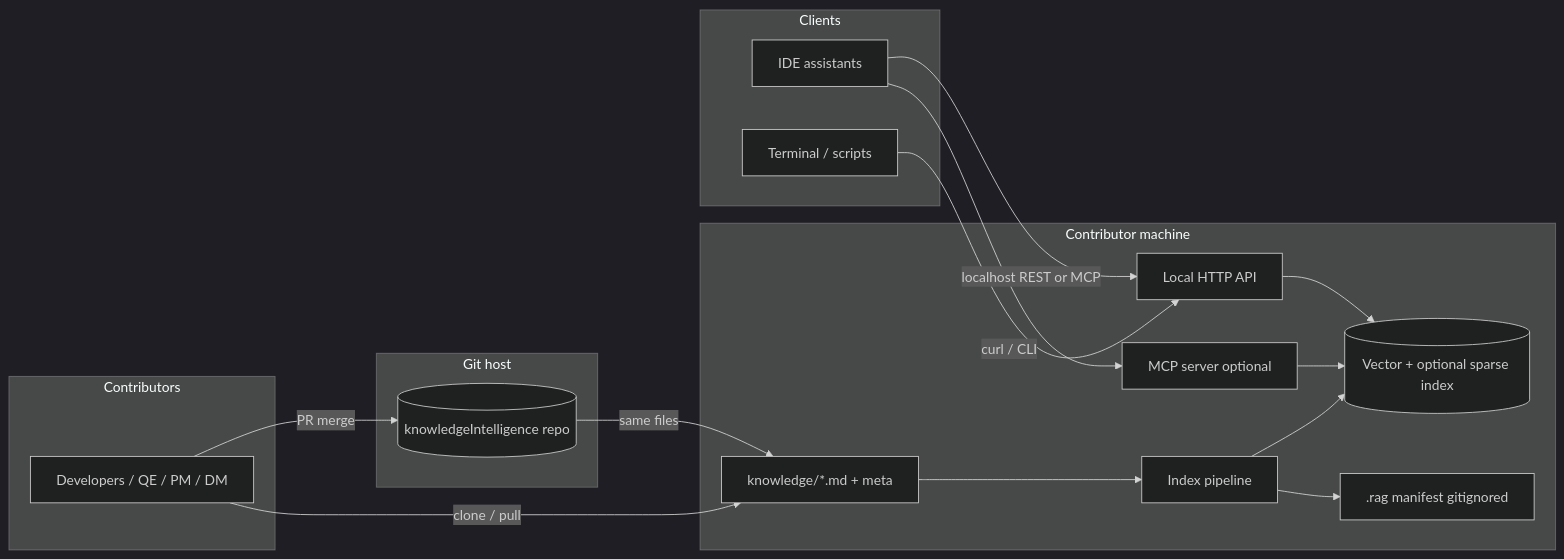
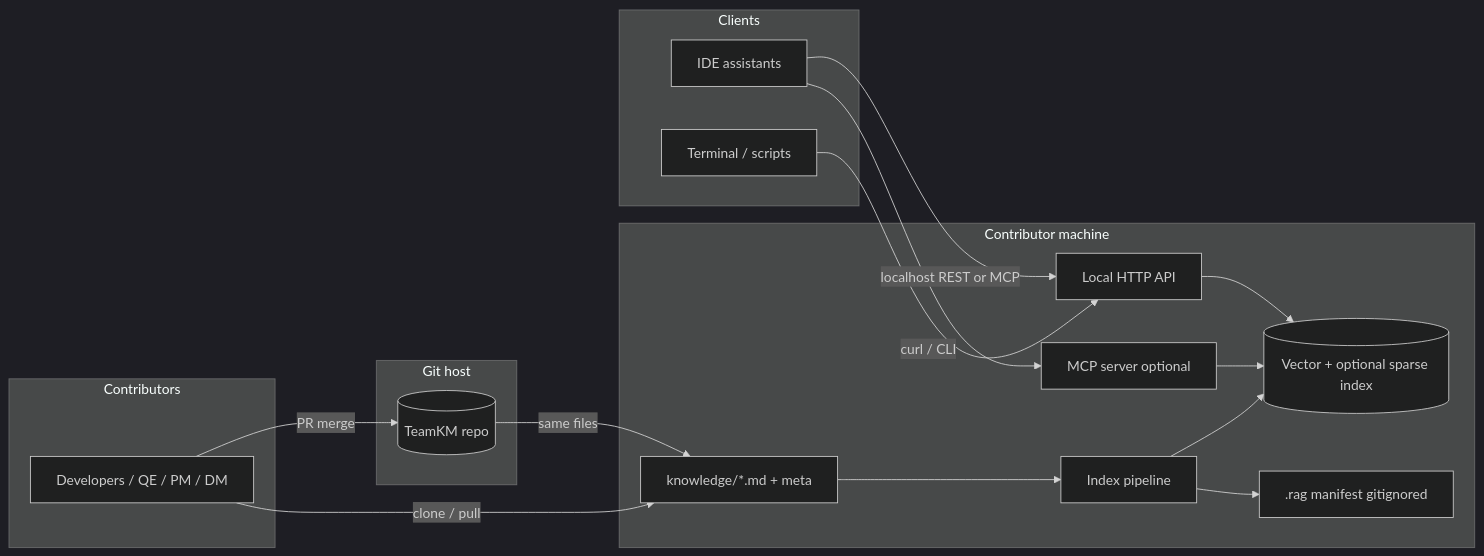
The first of 3 diagrams in docs/ARCHITECTURE.md (gyaneshgithub/TeamKM), drawn with Mermaid (dark theme) before and after one commit. The commit also changed other lines of this file and 18 other files, not shown here.

````diff
--- a/docs/ARCHITECTURE.md
+++ b/docs/ARCHITECTURE.md
@@ -27,36 +27,36 @@
 ```mermaid
 flowchart LR
   subgraph contributors [Contributors]
     Dev[Developers / QE / PM / DM]
   end
 
   subgraph git_host [Git host]
-    Repo[(knowledgeIntelligence repo)]
+    Repo[(TeamKM repo)]
   end
 
   subgraph local [Contributor machine]
     Corpus[knowledge/*.md + meta]
     Pipeline[Index pipeline]
     Store[(Vector + optional sparse index)]
     API[Local HTTP API]
     MCP[MCP server optional]
     Manifest[.rag manifest gitignored]
   end
 
   subgraph clients [Clients]
     IDE[IDE assistants]
     Term[Terminal / scripts]
   end
 
   Dev -->|PR merge| Repo
   Dev -->|clone / pull| Corpus
   Corpus --> Pipeline
   Pipeline --> Store
   Pipeline --> Manifest
   API --> Store
   MCP --> Store
   IDE -->|localhost REST or MCP| API
   IDE --> MCP
   Term -->|curl / CLI| API
   Repo -->|same files| Corpus
 ```
````
